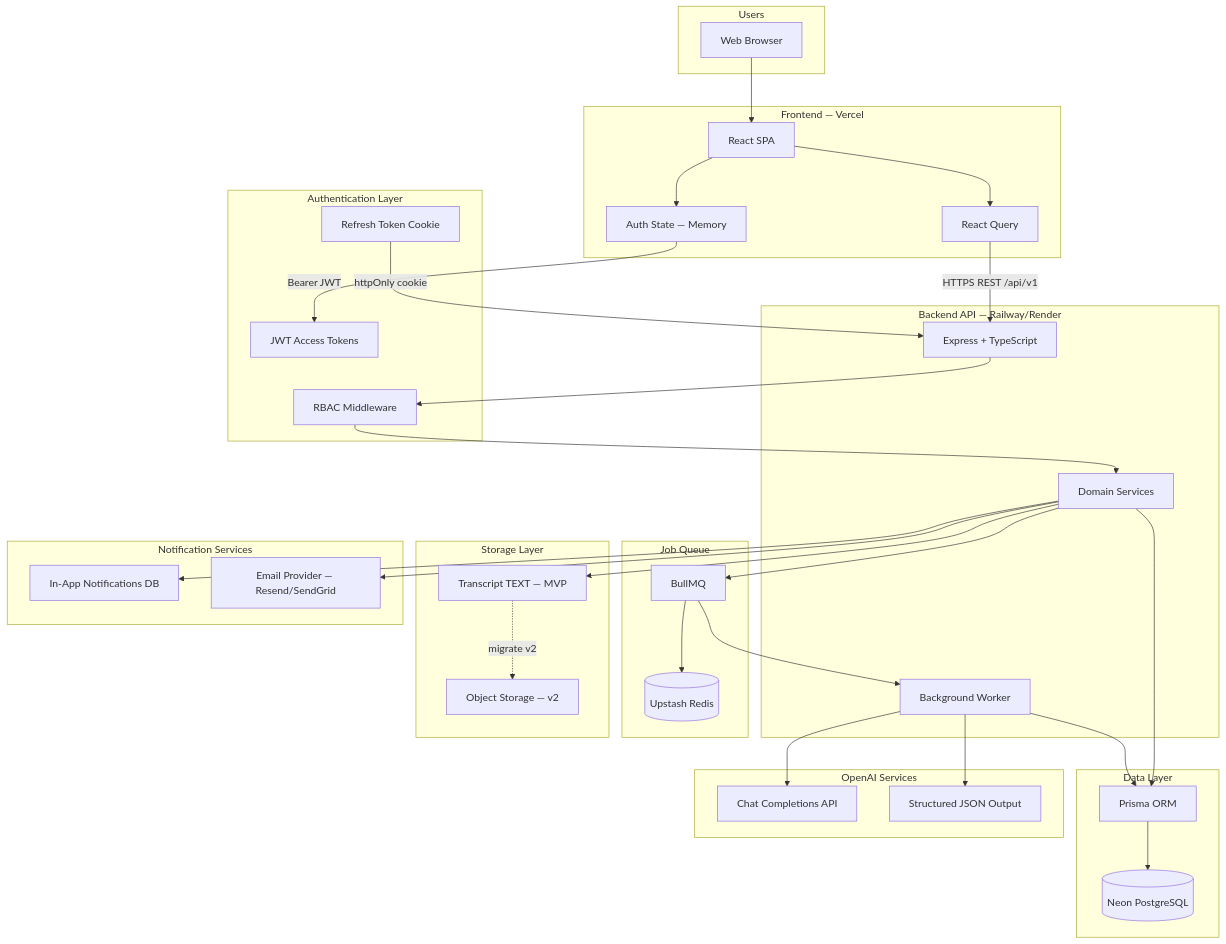
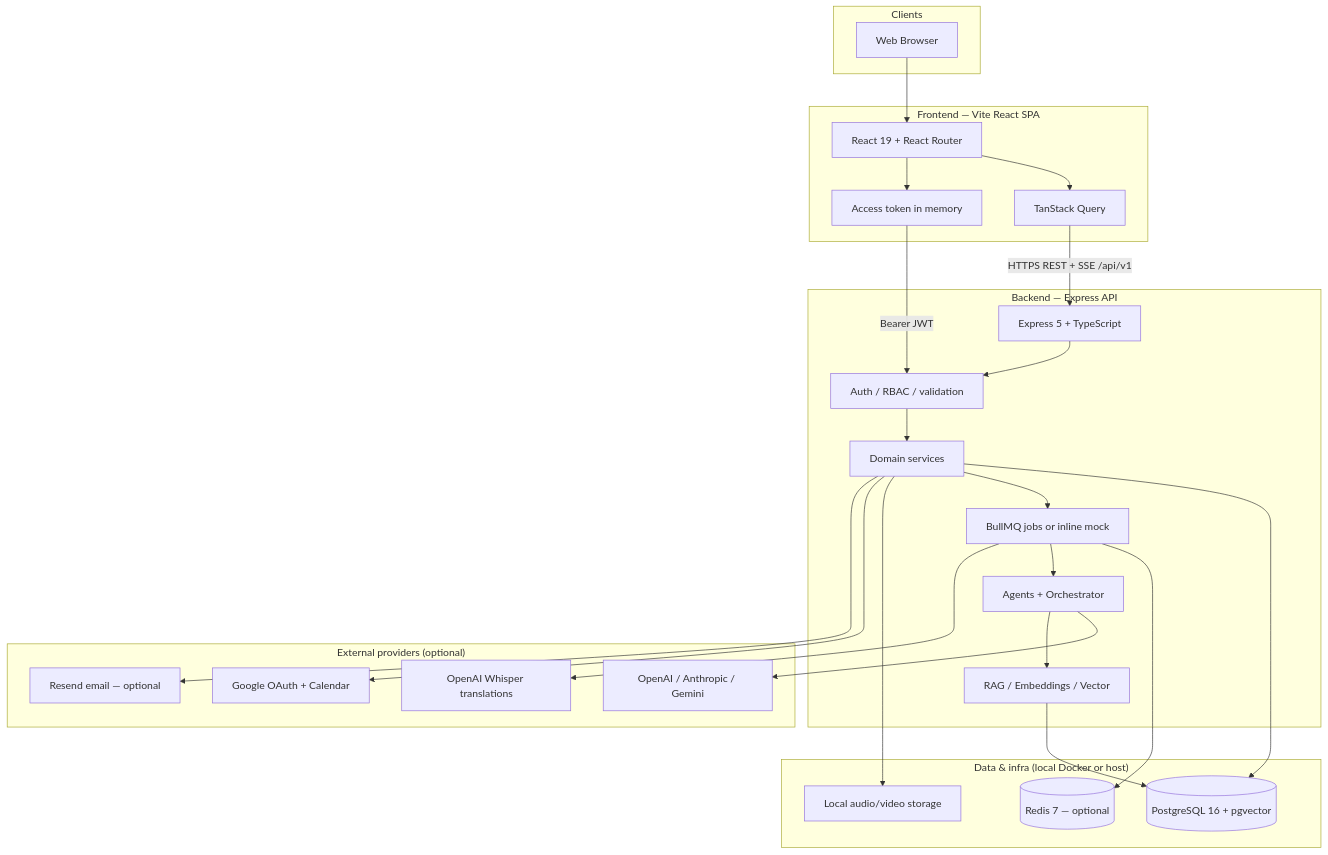
Before and after one commit to sumaiyabinterafiq97/AI-Meeting-Notes-Task-Manager: the first of 6 diagrams in docs/system-architecture.md, drawn with Mermaid. The commit also changed other lines of this file and 22 other files, not shown here.

Commit message:
docs: sync inventory, audits, and API/architecture to v0.7.2

````diff
--- a/docs/system-architecture.md
+++ b/docs/system-architecture.md
@@ -12,72 +22,52 @@
 ```mermaid
 flowchart TB
-    subgraph Users["Users"]
+    subgraph Clients["Clients"]
         Browser[Web Browser]
     end
 
-    subgraph Frontend["Frontend — Vercel"]
-        React[React SPA]
-        RQ[React Query]
-        AuthState[Auth State — Memory]
+    subgraph Frontend["Frontend — Vite React SPA"]
+        React[React 19 + React Router]
+        RQ[TanStack Query]
+        AuthMem[Access token in memory]
     end
 
-    subgraph AuthLayer["Authentication Layer"]
-        JWT[JWT Access Tokens]
-        Refresh[Refresh Token Cookie]
-        RBAC[RBAC Middleware]
+    subgraph Backend["Backend — Express API"]
+        Express[Express 5 + TypeScript]
+        MW[Auth / RBAC / validation]
+        Services[Domain services]
+        Agents[Agents + Orchestrator]
+        RAG[RAG / Embeddings / Vector]
+        Jobs[BullMQ jobs or inline mock]
     end
 
-    subgraph Backend["Backend API — Railway/Render"]
-        Express[Express + TypeScript]
-        Services[Domain Services]
-        Worker[Background Worker]
+    subgraph Data["Data & infra (local Docker or host)"]
+        PG[(PostgreSQL 16 + pgvector)]
+        Redis[(Redis 7 — optional)]
+        AudioFS[Local audio/video storage]
     end
 
-    subgraph Queue["Job Queue"]
-        Redis[(Upstash Redis)]
-        BullMQ[BullMQ]
-    end
-
-    subgraph Data["Data Layer"]
-        Prisma[Prisma ORM]
-        PG[(Neon PostgreSQL)]
-    end
-
-    subgraph Storage["Storage Layer"]
-        DBText[Transcript TEXT — MVP]
-        ObjectStore[Object Storage — v2]
-    end
-
-    subgraph AI["OpenAI Services"]
-        GPT[Chat Completions API]
-        Schema[Structured JSON Output]
-    end
-
-    subgraph Notify["Notification Services"]
-        InApp[In-App Notifications DB]
-        Email[Email Provider — Resend/SendGrid]
+    subgraph External["External providers (optional)"]
+        LLM[OpenAI / Anthropic / Gemini]
+        Whisper[OpenAI Whisper translations]
+        Google[Google OAuth + Calendar]
+        Email[Resend email — optional]
     end
 
     Browser --> React
     React --> RQ
-    RQ -->|HTTPS REST /api/v1| Express
-    React --> AuthState
-    AuthState -->|Bearer JWT| JWT
-
-    Express --> RBAC
-    RBAC --> Services
-    Services --> Prisma --> PG
-    Services --> BullMQ
-    BullMQ --> Redis
-    BullMQ --> Worker
-    Worker --> GPT
-    Worker --> Schema
-    Worker --> Prisma
-
-    Services --> DBText
-    DBText -.->|migrate v2| ObjectStore
-
-    Services --> InApp
+    RQ -->|HTTPS REST + SSE /api/v1| Express
+    React --> AuthMem
+    AuthMem -->|Bearer JWT| MW
+    Express --> MW --> Services
+    Services --> PG
+    Services --> Jobs
+    Jobs --> Redis
+    Jobs --> Agents
+    Jobs --> Whisper
+    Agents --> LLM
+    Agents --> RAG
+    RAG --> PG
+    Services --> AudioFS
+    Services --> Google
     Services --> Email
-    Refresh -->|httpOnly cookie| Express
 ```
````
